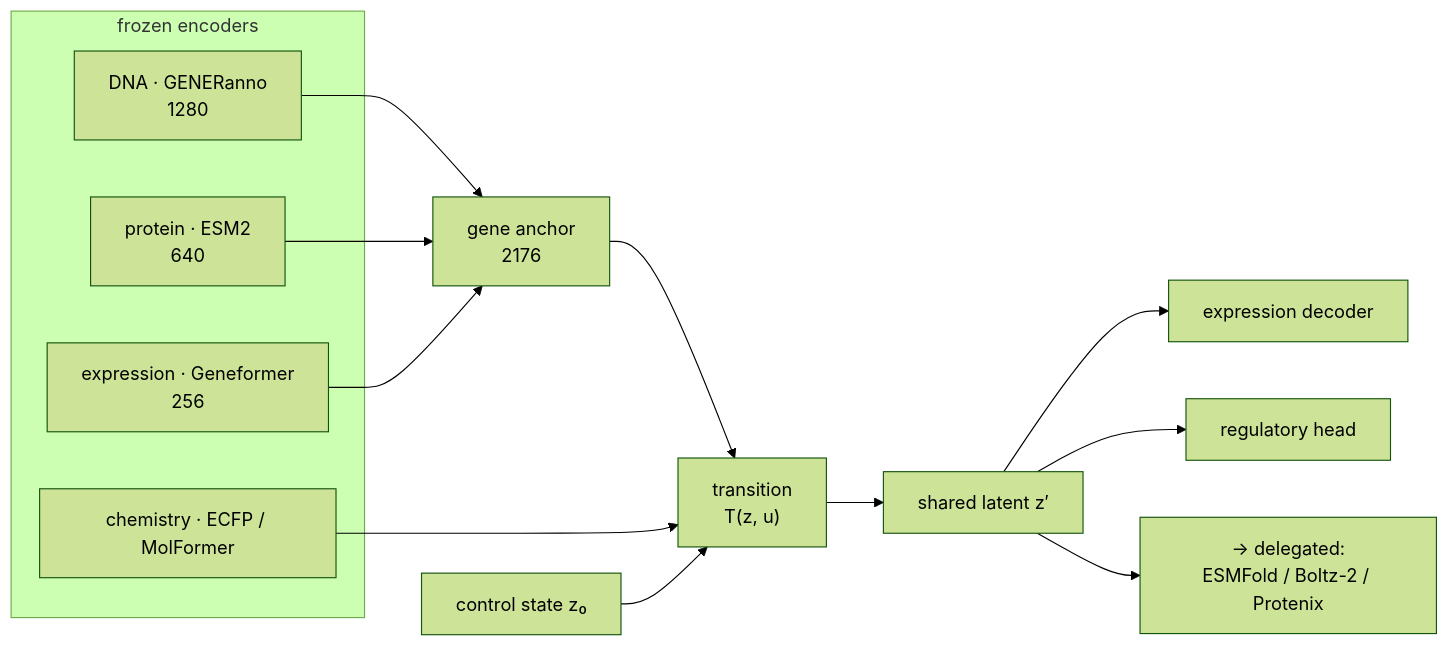
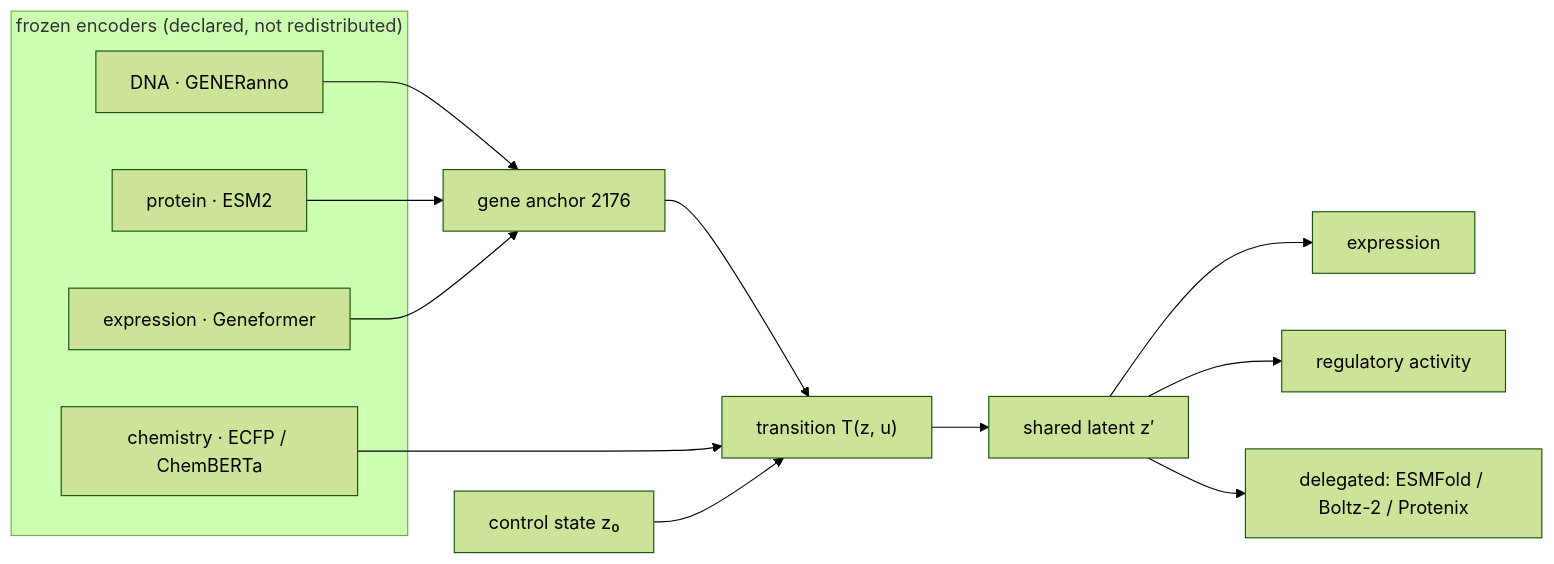
Before and after one commit to omicverse/luria-aido: the diagram in README.md, drawn with Mermaid (forest theme). The commit also changed other lines of this file and 1 other file, not shown here.

````diff
--- a/README.md
+++ b/README.md
@@ -124,17 +190,12 @@
 ```mermaid
 flowchart LR
-  subgraph frozen["frozen encoders"]
-    D["DNA · GENERanno<br/>1280"]
-    P["protein · ESM2<br/>640"]
-    G["expression · Geneformer<br/>256"]
-    C["chemistry · ECFP / MolFormer"]
+  subgraph frozen["frozen encoders (declared, not redistributed)"]
+    D["DNA · GENERanno"]; P["protein · ESM2"]; G["expression · Geneformer"]; C["chemistry · ECFP / ChemBERTa"]
   end
-  D & P & G --> A["gene anchor<br/>2176"]
-  A --> T
-  C --> T
-  Z0["control state z₀"] --> T["transition<br/>T(z, u)"]
+  D & P & G --> A["gene anchor 2176"]
+  A --> T; C --> T
+  Z0["control state z₀"] --> T["transition T(z, u)"]
   T --> ZP["shared latent z′"]
-  ZP --> E["expression decoder"]
-  ZP --> R["regulatory head"]
-  ZP --> S["→ delegated:<br/>ESMFold / Boltz-2 / Protenix"]
+  ZP --> E["expression"]; ZP --> R["regulatory activity"]
+  ZP --> S["delegated: ESMFold / Boltz-2 / Protenix"]
 ```
````
